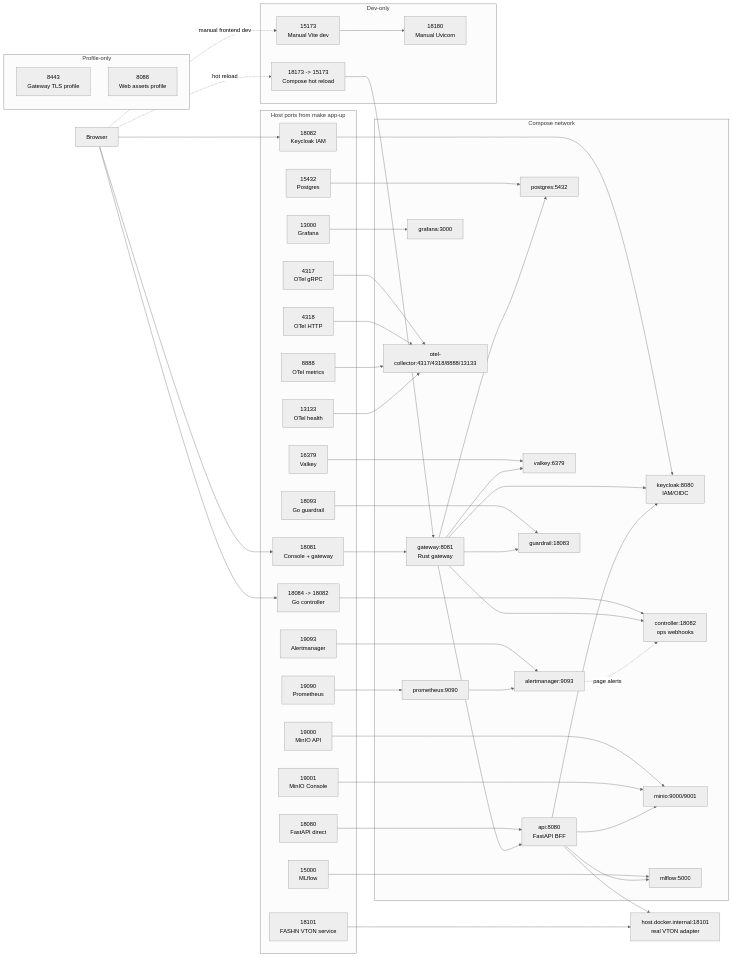
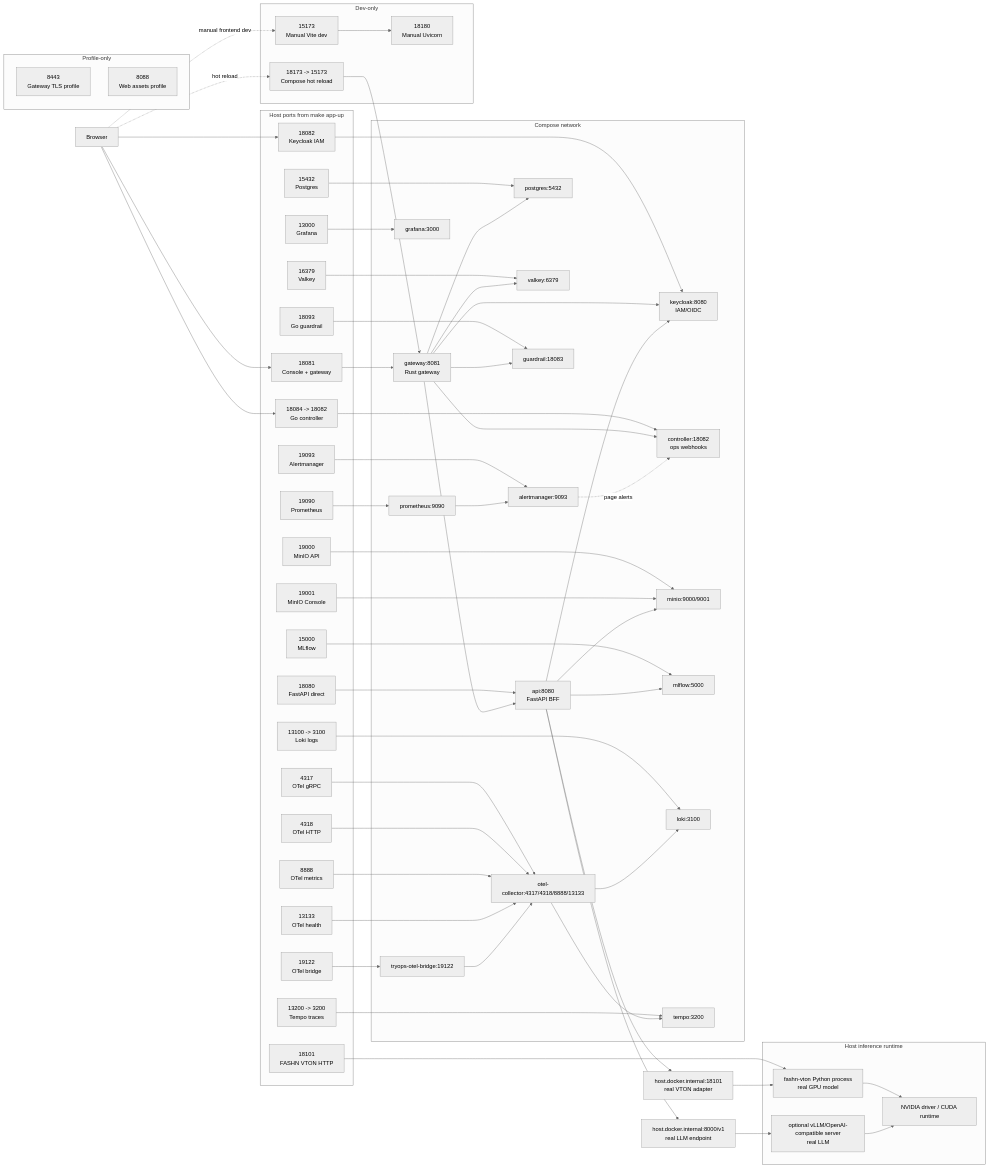
Before and after one commit to trungdangtapcode/TryOps-TryON-MLOps: the diagram in PORT.md, drawn with Mermaid (neutral theme). The commit also changed other lines of this file and 67 other files, not shown here.

````diff
--- a/PORT.md
+++ b/PORT.md
@@ -13,7 +13,7 @@
     h_api["18080<br/>FastAPI direct"]
     h_keycloak["18082<br/>Keycloak IAM"]
     h_controller["18084 -> 18082<br/>Go controller"]
-    h_fashn["18101<br/>FASHN VTON service"]
+    h_fashn["18101<br/>FASHN VTON HTTP"]
     h_pg["15432<br/>Postgres"]
     h_valkey["16379<br/>Valkey"]
     h_minio_api["19000<br/>MinIO API"]
@@ -22,11 +22,20 @@
     h_prom["19090<br/>Prometheus"]
     h_alert["19093<br/>Alertmanager"]
     h_grafana["13000<br/>Grafana"]
+    h_loki["13100 -> 3100<br/>Loki logs"]
+    h_tempo["13200 -> 3200<br/>Tempo traces"]
     h_guardrail["18093<br/>Go guardrail"]
     h_otel_grpc["4317<br/>OTel gRPC"]
     h_otel_http["4318<br/>OTel HTTP"]
     h_otel_metrics["8888<br/>OTel metrics"]
     h_otel_health["13133<br/>OTel health"]
+    h_otel_bridge["19122<br/>OTel bridge"]
+  end
+
+  subgraph host_runtime["Host inference runtime"]
+    fashn_host["fashn-vton Python process<br/>real GPU model"]
+    vllm_host["optional vLLM/OpenAI-compatible server<br/>real LLM"]
+    gpu_driver["NVIDIA driver / CUDA runtime"]
   end
 
   subgraph compose["Compose network"]
@@ -41,8 +50,11 @@
     prometheus["prometheus:9090"]
     alertmanager["alertmanager:9093"]
     grafana["grafana:3000"]
+    loki["loki:3100"]
+    tempo["tempo:3200"]
     guardrail["guardrail:18083"]
     otel["otel-collector:4317/4318/8888/13133"]
+    otel_bridge["tryops-otel-bridge:19122"]
   end
 
   subgraph dev["Dev-only"]
@@ -65,7 +77,7 @@
   vite_hot --> gateway
 
   h_api --> api
-  h_fashn --> fashn["host.docker.internal:18101<br/>real VTON adapter"]
+  h_fashn --> fashn_host
   h_pg --> postgres
   h_valkey --> valkey
   h_minio_api --> minio
@@ -74,11 +86,14 @@
   h_prom --> prometheus
   h_alert --> alertmanager
   h_grafana --> grafana
+  h_loki --> loki
+  h_tempo --> tempo
   h_guardrail --> guardrail
   h_otel_grpc --> otel
   h_otel_http --> otel
   h_otel_metrics --> otel
   h_otel_health --> otel
+  h_otel_bridge --> otel_bridge
 
   gateway --> api
   gateway --> keycloak
@@ -87,9 +102,15 @@
   gateway --> postgres
   gateway --> valkey
   api --> keycloak
-  api --> fashn
+  api --> fashn_bridge["host.docker.internal:18101<br/>real VTON adapter"] --> fashn_host
+  api --> vllm_bridge["host.docker.internal:8000/v1<br/>real LLM endpoint"] --> vllm_host
+  fashn_host --> gpu_driver
+  vllm_host --> gpu_driver
   api --> mlflow
   api --> minio
   prometheus --> alertmanager
+  otel --> loki
+  otel --> tempo
+  otel_bridge --> otel
   alertmanager -. page alerts .-> controller
 ```
````
